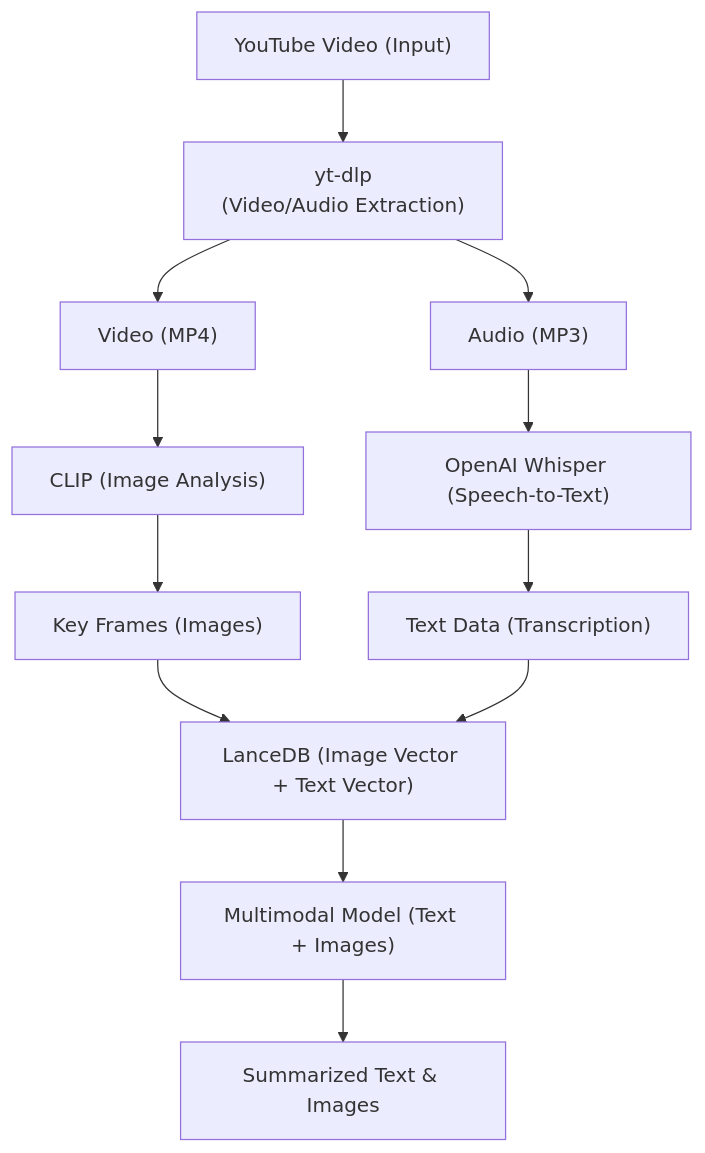
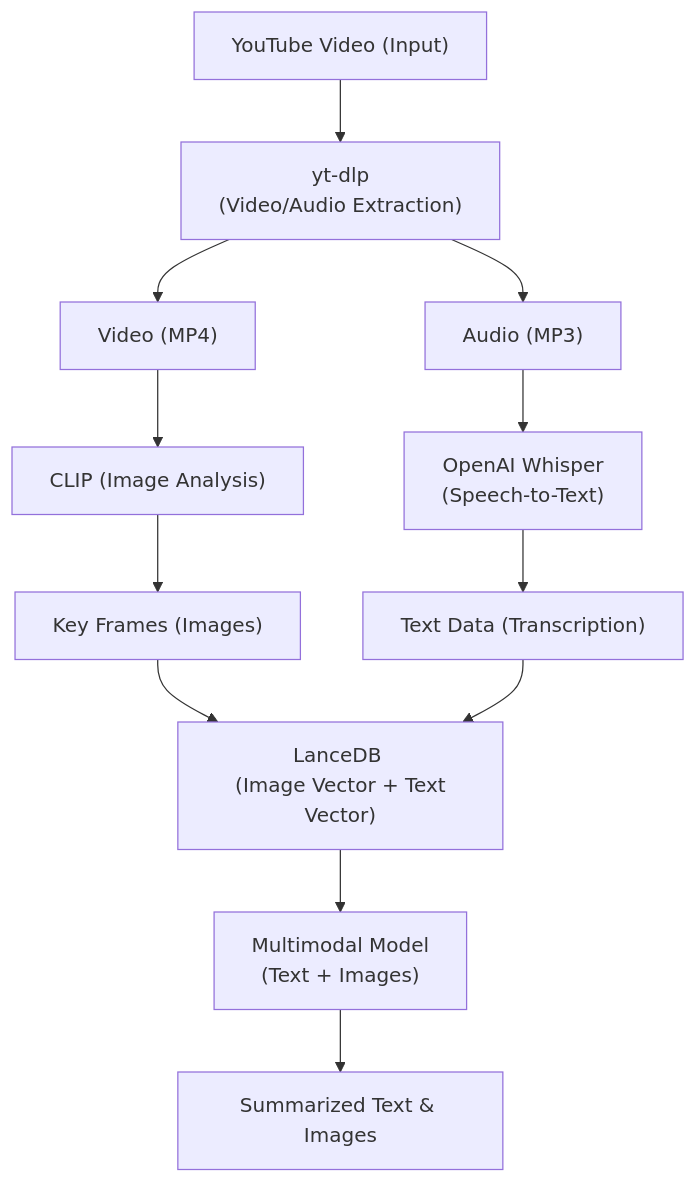
The diagram in README.md (naveenkrishnan840/Youtube-Video-Summarization), drawn with Mermaid before and after one commit.

````diff
--- a/README.md
+++ b/README.md
@@ -79,15 +79,15 @@
 ```mermaid
 graph TD
     %% Graph structure
 	A["YouTube Video (Input)"] --> B["yt-dlp <br> (Video/Audio Extraction)"];
     	B --> C["Audio (MP3)"];
     	B --> D["Video (MP4)"];
-    	C --> E["OpenAI Whisper (Speech-to-Text)"];
+    	C --> E["OpenAI Whisper <br> (Speech-to-Text)"];
     	D --> F["CLIP (Image Analysis)"];
     	E --> G["Text Data (Transcription)"];
     	F --> H["Key Frames (Images)"];
-    	H --> J["LanceDB (Image Vector + Text Vector)"];
+    	H --> J["LanceDB <br> (Image Vector + Text Vector)"];
 	G --> J;
-    	J --> K["Multimodal Model (Text + Images)"];
+    	J --> K["Multimodal Model <br> (Text + Images)"];
     	K --> L["Summarized Text & Images"];
 ```
````
